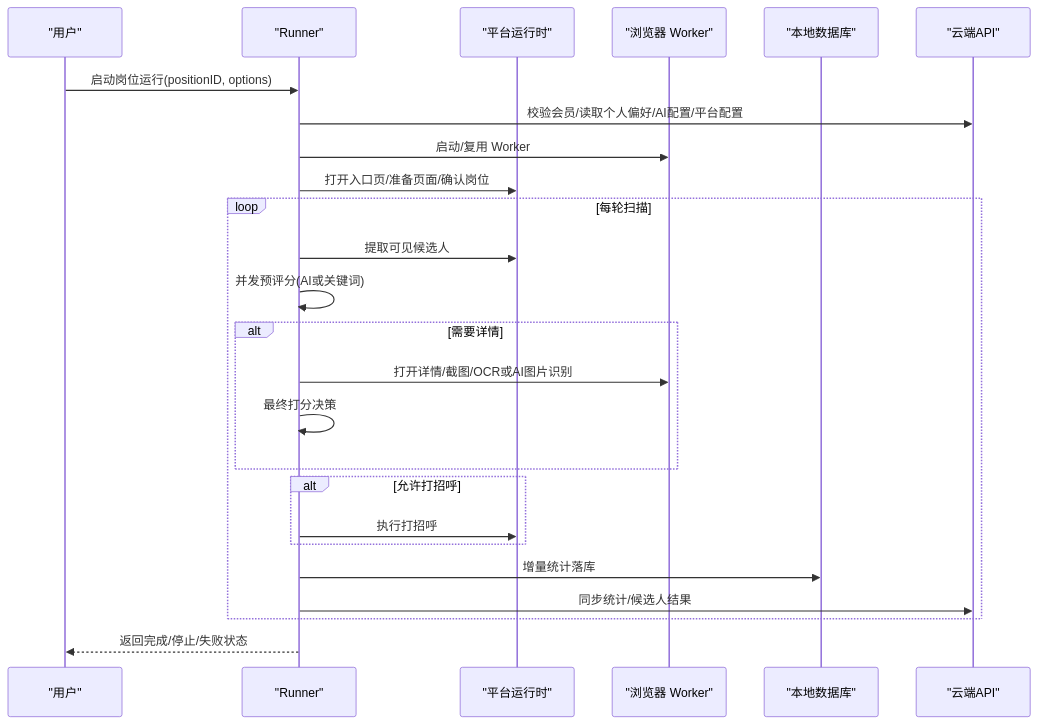
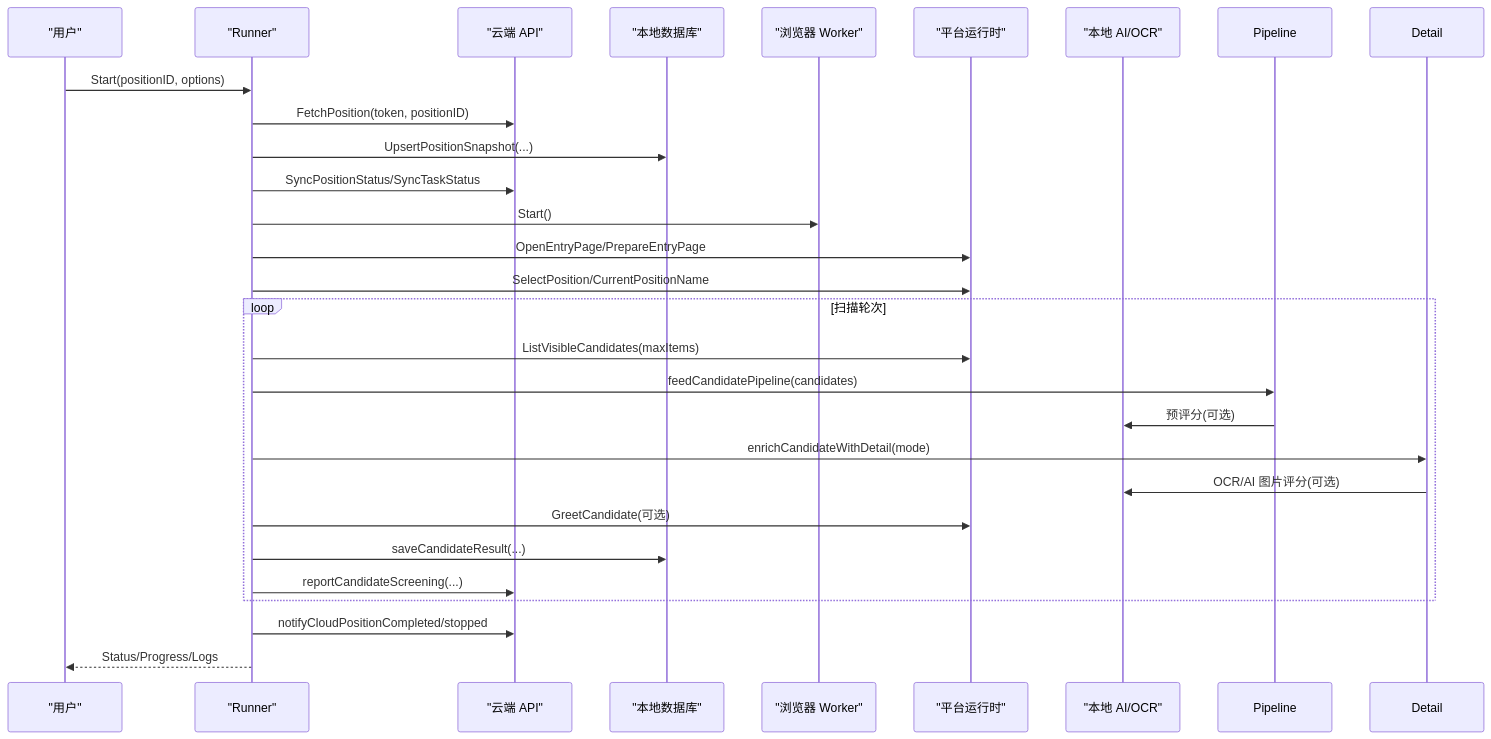
The second of 10 diagrams in .qoder/repowiki/zh/content/系统架构/本地Agent架构/任务调度器.md (alvinwangzi/goodhr), drawn with Mermaid before and after one commit. The commit also changed other lines of this file and 149 other files, not shown here.

````diff
--- a/.qoder/repowiki/zh/content/系统架构/本地Agent架构/任务调度器.md
+++ b/.qoder/repowiki/zh/content/系统架构/本地Agent架构/任务调度器.md
@@ -83,27 +110,29 @@
 ```mermaid
 sequenceDiagram
-participant U as "用户"
-participant R as "Runner"
-participant P as "平台运行时"
-participant W as "浏览器 Worker"
+participant User as "用户"
+participant Runner as "Runner"
+participant Cloud as "云端 API"
 participant DB as "本地数据库"
-participant C as "云端API"
-U->>R : 启动岗位运行(positionID, options)
-R->>C : 校验会员/读取个人偏好/AI配置/平台配置
-R->>W : 启动/复用 Worker
-R->>P : 打开入口页/准备页面/确认岗位
-loop 每轮扫描
-R->>P : 提取可见候选人
-R->>R : 并发预评分(AI或关键词)
-alt 需要详情
-R->>W : 打开详情/截图/OCR或AI图片识别
-R->>R : 最终打分决策
+participant Browser as "浏览器 Worker"
+participant Platform as "平台运行时"
+participant AI as "本地 AI/OCR"
+User->>Runner : Start(positionID, options)
+Runner->>Cloud : FetchPosition(token, positionID)
+Runner->>DB : UpsertPositionSnapshot(...)
+Runner->>Cloud : SyncPositionStatus/SyncTaskStatus
+Runner->>Browser : Start()
+Runner->>Platform : OpenEntryPage/PrepareEntryPage
+Runner->>Platform : SelectPosition/CurrentPositionName
+loop 扫描轮次
+Runner->>Platform : ListVisibleCandidates(maxItems)
+Runner->>Pipeline : feedCandidatePipeline(candidates)
+Pipeline->>AI : 预评分(可选)
+Runner->>Detail : enrichCandidateWithDetail(mode)
+Detail->>AI : OCR/AI 图片评分(可选)
+Runner->>Platform : GreetCandidate(可选)
+Runner->>DB : saveCandidateResult(...)
+Runner->>Cloud : reportCandidateScreening(...)
 end
-alt 允许打招呼
-R->>P : 执行打招呼
-end
-R->>DB : 增量统计落库
-R->>C : 同步统计/候选人结果
-end
-R-->>U : 返回完成/停止/失败状态
+Runner->>Cloud : notifyCloudPositionCompleted/stopped
+Runner-->>User : Status/Progress/Logs
 ```
````
